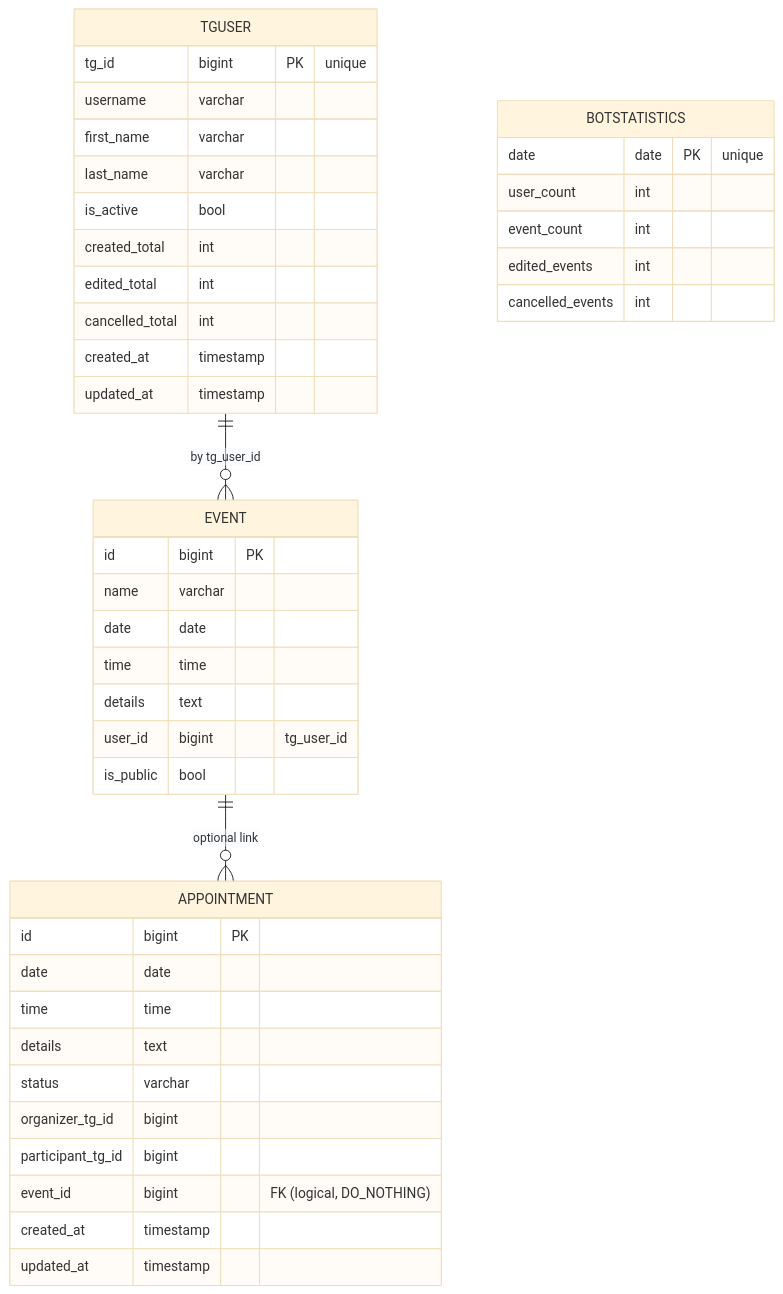
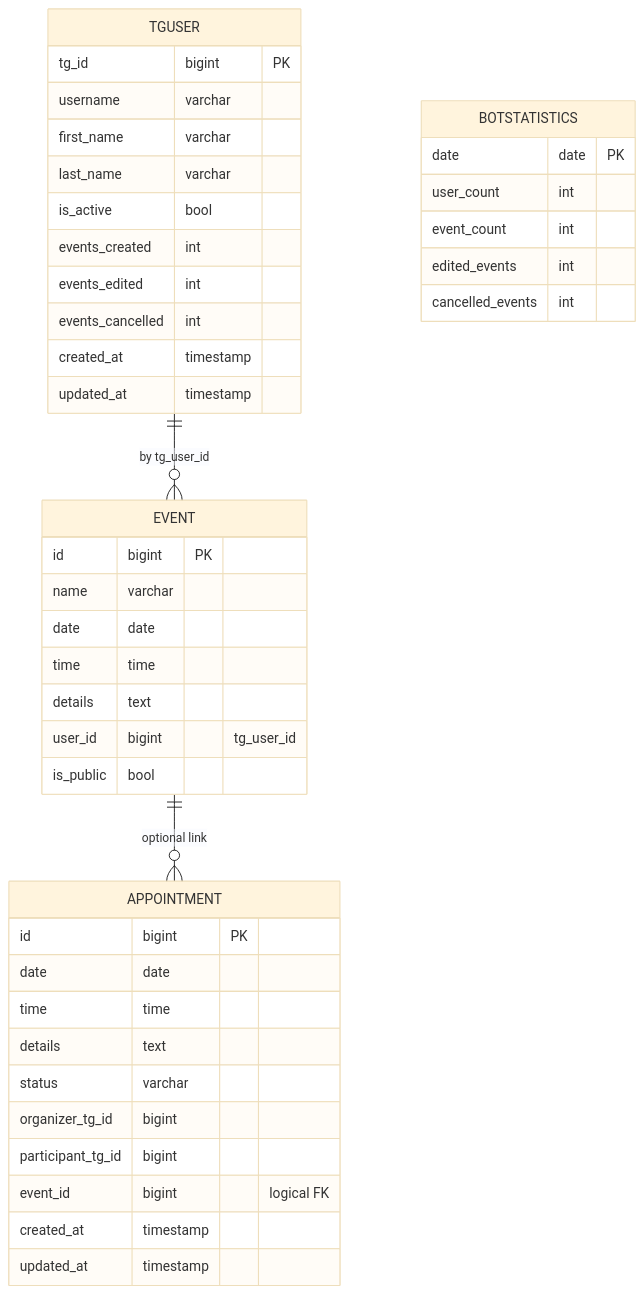
The diagram in README_DJANGO.md (kabshanov/Python_TelegramBot_Familiya), drawn with Mermaid (base theme) before and after one commit. The commit also changed other lines of this file and 14 other files, not shown here.

````diff
--- a/README_DJANGO.md
+++ b/README_DJANGO.md
@@ -472,45 +465,45 @@
 ```mermaid
 erDiagram
     TGUSER ||--o{ EVENT : "by tg_user_id"
     EVENT  ||--o{ APPOINTMENT : "optional link"
     TGUSER {
-        tg_id bigint PK "unique"
+        tg_id bigint PK
         username varchar
         first_name varchar
         last_name varchar
         is_active bool
-        created_total int
-        edited_total int
-        cancelled_total int
+        events_created int
+        events_edited int
+        events_cancelled int
         created_at timestamp
         updated_at timestamp
     }
     EVENT {
         id bigint PK
         name varchar
         date date
         time time
         details text
         user_id bigint "tg_user_id"
         is_public bool
     }
     APPOINTMENT {
         id bigint PK
         date date
         time time
         details text
         status varchar
         organizer_tg_id bigint
         participant_tg_id bigint
-        event_id bigint "FK (logical, DO_NOTHING)"
+        event_id bigint "logical FK"
         created_at timestamp
         updated_at timestamp
     }
     BOTSTATISTICS {
-        date date PK "unique"
+        date date PK
         user_count int
         event_count int
         edited_events int
         cancelled_events int
     }
 ```
````
